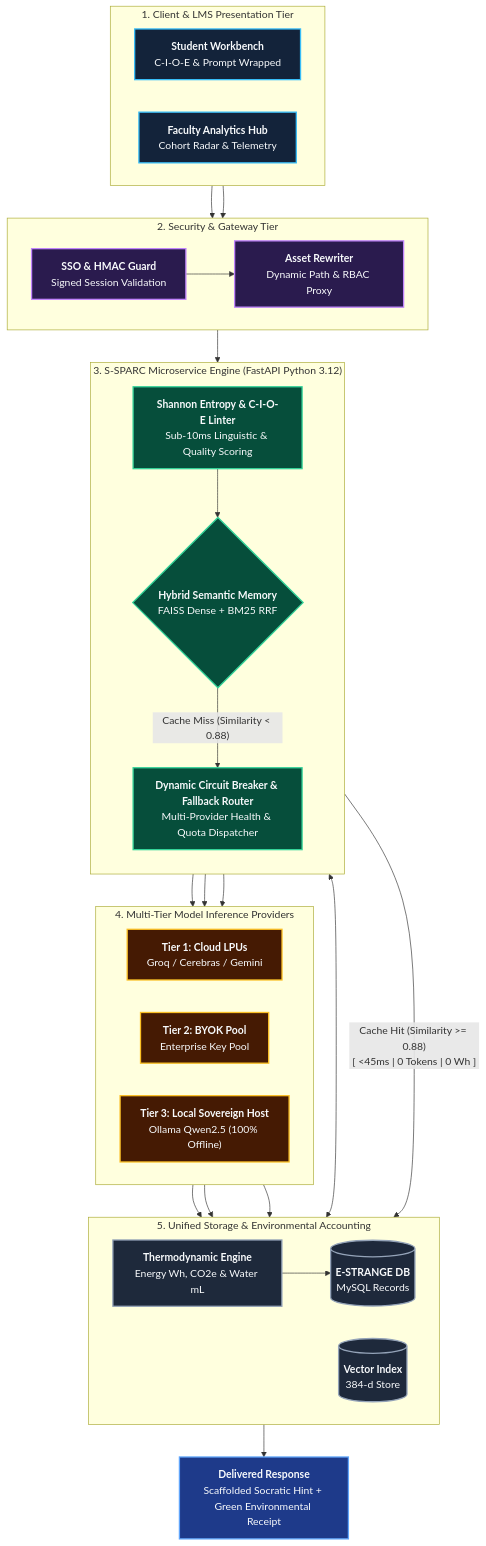
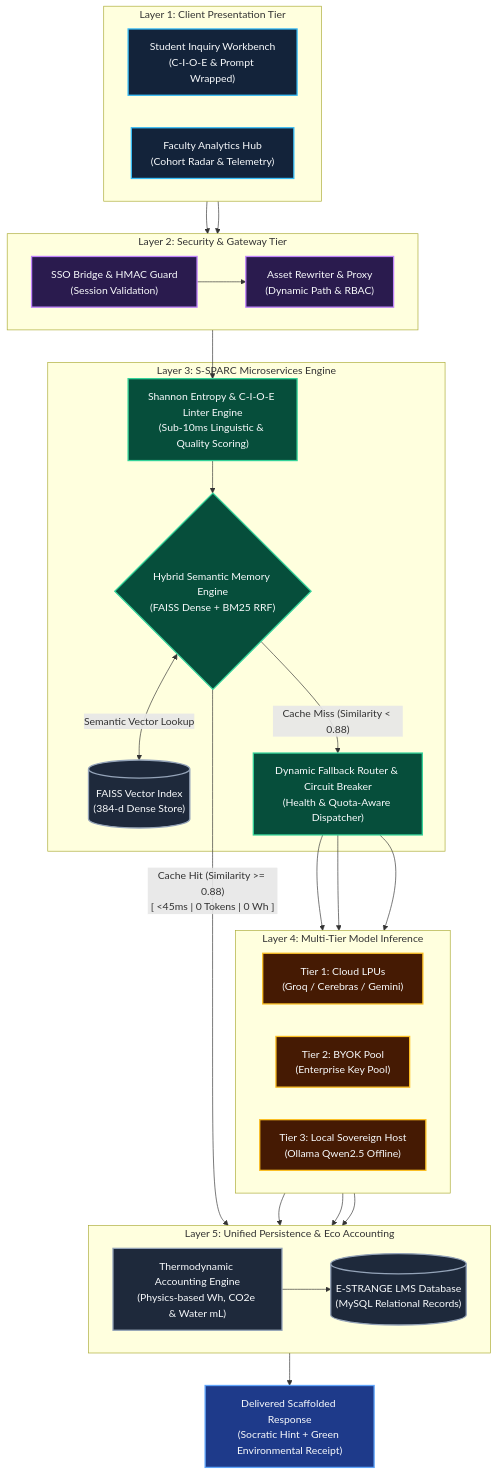
The sixth of 7 diagrams in docs/S_SPARC_COMPREHENSIVE_WHITEPAPER.md (06202003/s-sparc), drawn with Mermaid before and after one commit. The commit also changed 3 other files, not shown here.

Commit message:
fix(diagrams): resolve subgraph text overlap, fix vector index placement in Layer 3, and add subgraphTitleMargin

````diff
--- a/docs/S_SPARC_COMPREHENSIVE_WHITEPAPER.md
+++ b/docs/S_SPARC_COMPREHENSIVE_WHITEPAPER.md
@@ -343,66 +343,65 @@
 ```mermaid
 flowchart TD
     classDef client fill:#13233a,stroke:#38bdf8,stroke-width:2px,color:#f8fafc;
     classDef gateway fill:#2a1b4e,stroke:#c084fc,stroke-width:2px,color:#f8fafc;
     classDef microservice fill:#064e3b,stroke:#34d399,stroke-width:2px,color:#f8fafc;
     classDef provider fill:#451a03,stroke:#fbbf24,stroke-width:2px,color:#f8fafc;
     classDef data fill:#1e293b,stroke:#94a3b8,stroke-width:2px,color:#f8fafc;
     classDef output fill:#1e3a8a,stroke:#60a5fa,stroke-width:2px,color:#f8fafc;
 
-    subgraph L1 ["1. Client & LMS Presentation Tier"]
+    subgraph L1 ["Layer 1: Client Presentation Tier"]
         direction LR
-        UI["<b>Student Workbench</b><br/>C-I-O-E & Prompt Wrapped"]:::client
-        FAC["<b>Faculty Analytics Hub</b><br/>Cohort Radar & Telemetry"]:::client
+        UI["Student Inquiry Workbench<br/>(C-I-O-E & Prompt Wrapped)"]:::client
+        FAC["Faculty Analytics Hub<br/>(Cohort Radar & Telemetry)"]:::client
     end
 
-    subgraph L2 ["2. Security & Gateway Tier"]
+    subgraph L2 ["Layer 2: Security & Gateway Tier"]
         direction LR
-        SSO["<b>SSO & HMAC Guard</b><br/>Signed Session Validation"]:::gateway
-        PROXY["<b>Asset Rewriter</b><br/>Dynamic Path & RBAC Proxy"]:::gateway
+        SSO["SSO Bridge & HMAC Guard<br/>(Session Validation)"]:::gateway
+        PROXY["Asset Rewriter & Proxy<br/>(Dynamic Path & RBAC)"]:::gateway
     end
 
-    subgraph L3 ["3. S-SPARC Microservice Engine (FastAPI Python 3.12)"]
-        direction TB
-        LINT["<b>Shannon Entropy & C-I-O-E Linter</b><br/>Sub-10ms Linguistic & Quality Scoring"]:::microservice
-        CACHE{"<b>Hybrid Semantic Memory</b><br/>FAISS Dense + BM25 RRF"}:::microservice
-        ROUTER["<b>Dynamic Circuit Breaker & Fallback Router</b><br/>Multi-Provider Health & Quota Dispatcher"]:::microservice
+    subgraph L3 ["Layer 3: S-SPARC Microservices Engine"]
+        LINT["Shannon Entropy & C-I-O-E Linter Engine<br/>(Sub-10ms Linguistic & Quality Scoring)"]:::microservice
+        CACHE{"Hybrid Semantic Memory Engine<br/>(FAISS Dense + BM25 RRF)"}:::microservice
+        DB_VEC[("FAISS Vector Index<br/>(384-d Dense Store)")]:::data
+        ROUTER["Dynamic Fallback Router & Circuit Breaker<br/>(Health & Quota-Aware Dispatcher)"]:::microservice
     end
 
-    subgraph L4 ["4. Multi-Tier Model Inference Providers"]
+    subgraph L4 ["Layer 4: Multi-Tier Model Inference"]
         direction LR
-        T1["<b>Tier 1: Cloud LPUs</b><br/>Groq / Cerebras / Gemini"]:::provider
-        T2["<b>Tier 2: BYOK Pool</b><br/>Enterprise Key Pool"]:::provider
-        T3["<b>Tier 3: Local Sovereign Host</b><br/>Ollama Qwen2.5 (100% Offline)"]:::provider
+        T1["Tier 1: Cloud LPUs<br/>(Groq / Cerebras / Gemini)"]:::provider
+        T2["Tier 2: BYOK Pool<br/>(Enterprise Key Pool)"]:::provider
+        T3["Tier 3: Local Sovereign Host<br/>(Ollama Qwen2.5 Offline)"]:::provider
     end
 
-    subgraph L5 ["5. Unified Storage & Environmental Accounting"]
+    subgraph L5 ["Layer 5: Unified Persistence & Eco Accounting"]
         direction LR
-        ECO["<b>Thermodynamic Engine</b><br/>Energy Wh, CO2e & Water mL"]:::data
-        DB_SQL[("<b>E-STRANGE DB</b><br/>MySQL Records")]:::data
-        DB_VEC[("<b>Vector Index</b><br/>384-d Store")]:::data
+        ECO["Thermodynamic Accounting Engine<br/>(Physics-based Wh, CO2e & Water mL)"]:::data
+        DB_SQL[("E-STRANGE LMS Database<br/>(MySQL Relational Records)")]:::data
     end
 
-    OUT["<b>Delivered Response</b><br/>Scaffolded Socratic Hint + Green Environmental Receipt"]:::output
+    RESP["Delivered Scaffolded Response<br/>(Socratic Hint + Green Environmental Receipt)"]:::output
 
-    %% Clean Pipeline Flow
+    %% Pipeline Dataflow
     UI --> SSO
     FAC --> SSO
     SSO --> PROXY
     PROXY --> LINT
     LINT --> CACHE
 
-    CACHE <--> DB_VEC
+    CACHE <-->|Semantic Vector Lookup| DB_VEC
     CACHE -- "Cache Hit (Similarity >= 0.88)<br/>[ <45ms | 0 Tokens | 0 Wh ]" --> ECO
     CACHE -- "Cache Miss (Similarity < 0.88)" --> ROUTER
 
     ROUTER --> T1
     ROUTER --> T2
     ROUTER --> T3
 
     T1 --> ECO
     T2 --> ECO
     T3 --> ECO
 
     ECO --> DB_SQL
-    ECO --> OUT
+    ECO --> RESP
 ```
````
